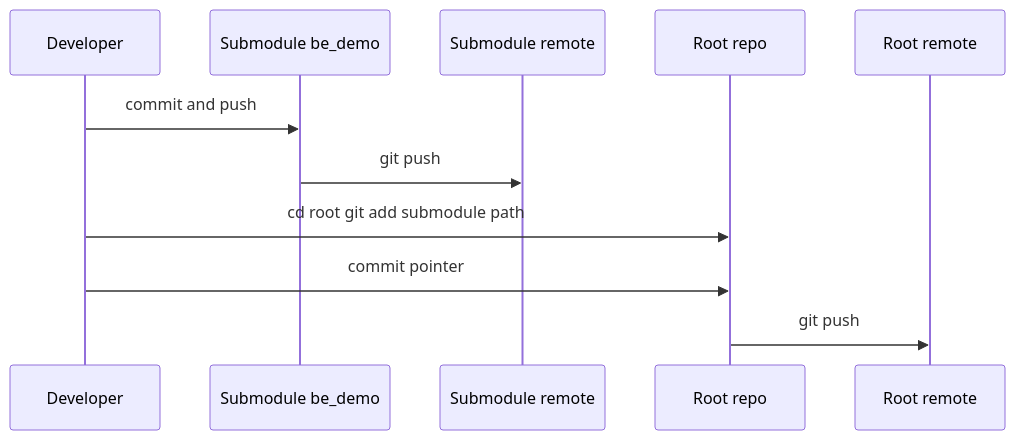
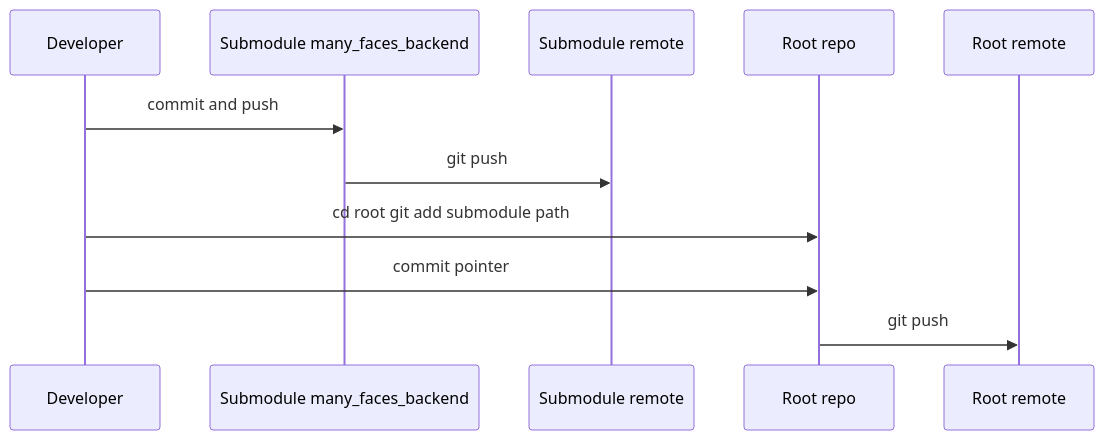
The second of 2 diagrams in docs/guides/git-submodules.md (01laky/mfai_demo), drawn with Mermaid before and after one commit. The commit also changed other lines of this file and 56 other files, not shown here.

First line of the commit message:
chore: rename submodule directories to many_faces_* paths

````diff
--- a/docs/guides/git-submodules.md
+++ b/docs/guides/git-submodules.md
@@ -167,14 +167,14 @@
 ```mermaid
 sequenceDiagram
   participant Dev as Developer
-  participant Sub as Submodule be_demo
+  participant Sub as Submodule many_faces_backend
   participant RemoteSub as Submodule remote
   participant Root as Root repo
   participant RemoteRoot as Root remote
 
   Dev->>Sub: commit and push
   Sub->>RemoteSub: git push
   Dev->>Root: cd root git add submodule path
   Dev->>Root: commit pointer
   Root->>RemoteRoot: git push
 ```
````
